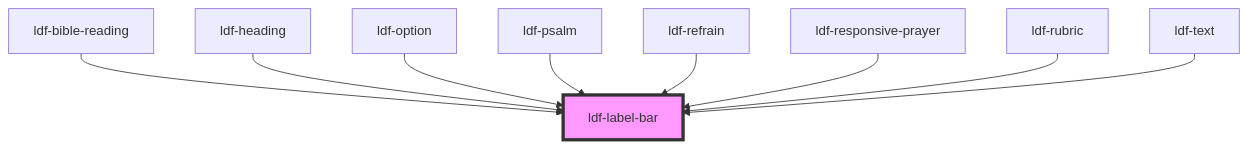
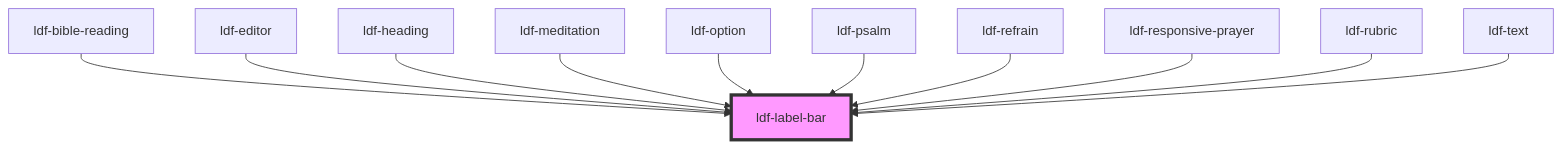
Before and after one commit to gbj/venite: the diagram in components/src/components/label-bar/readme.md, drawn with Mermaid. The commit also changed other lines of this file and 9 other files, not shown here.

````diff
--- a/components/src/components/label-bar/readme.md
+++ b/components/src/components/label-bar/readme.md
@@ -22,12 +24,14 @@
 ```mermaid
 graph TD;
   ldf-bible-reading --> ldf-label-bar
+  ldf-editor --> ldf-label-bar
   ldf-heading --> ldf-label-bar
+  ldf-meditation --> ldf-label-bar
   ldf-option --> ldf-label-bar
   ldf-psalm --> ldf-label-bar
   ldf-refrain --> ldf-label-bar
   ldf-responsive-prayer --> ldf-label-bar
   ldf-rubric --> ldf-label-bar
   ldf-text --> ldf-label-bar
   style ldf-label-bar fill:#f9f,stroke:#333,stroke-width:4px
 ```
````
